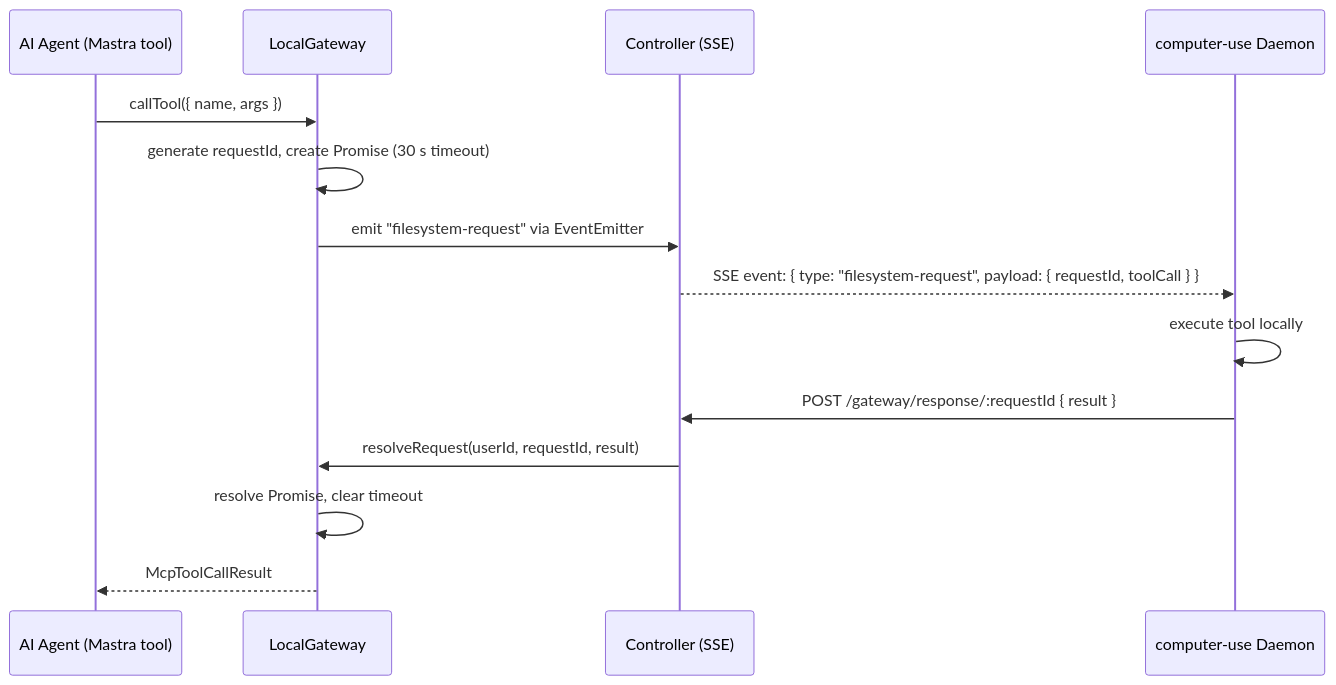
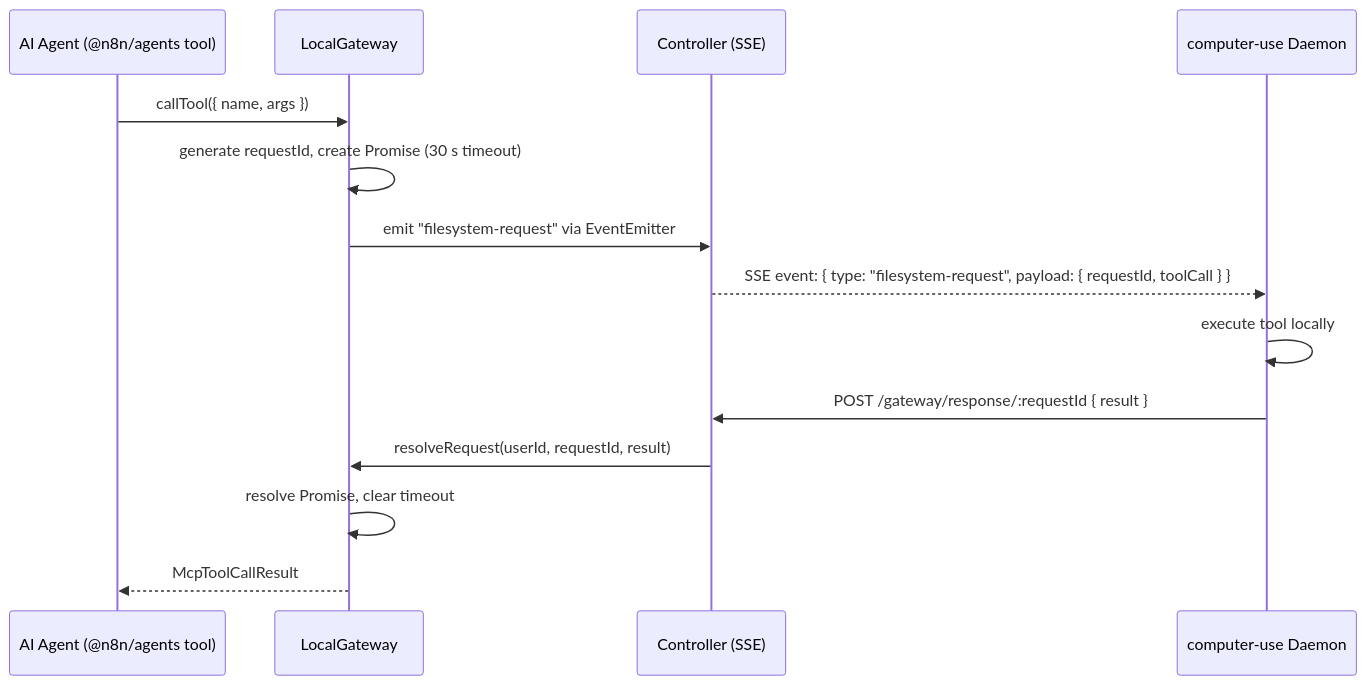
Before and after one commit to ggrace519/n8n: the fourth of 5 diagrams in packages/@n8n/computer-use/spec/technical-spec.md, drawn with Mermaid. The commit also changed other lines of this file and 11 other files, not shown here.

````diff
--- a/packages/@n8n/computer-use/spec/technical-spec.md
+++ b/packages/@n8n/computer-use/spec/technical-spec.md
@@ -278,18 +278,18 @@
 ```mermaid
 sequenceDiagram
-    participant A as AI Agent (Mastra tool)
+    participant A as AI Agent (@n8n/agents tool)
     participant GW as LocalGateway
     participant SRV as Controller (SSE)
     participant D as computer-use Daemon
 
     A->>GW: callTool({ name, args })
     GW->>GW: generate requestId, create Promise (30 s timeout)
     GW->>SRV: emit "filesystem-request" via EventEmitter
     SRV-->>D: SSE event: { type: "filesystem-request", payload: { requestId, toolCall } }
 
     D->>D: execute tool locally
     D->>SRV: POST /gateway/response/:requestId { result }
     SRV->>GW: resolveRequest(userId, requestId, result)
     GW->>GW: resolve Promise, clear timeout
     GW-->>A: McpToolCallResult
 ```
````
